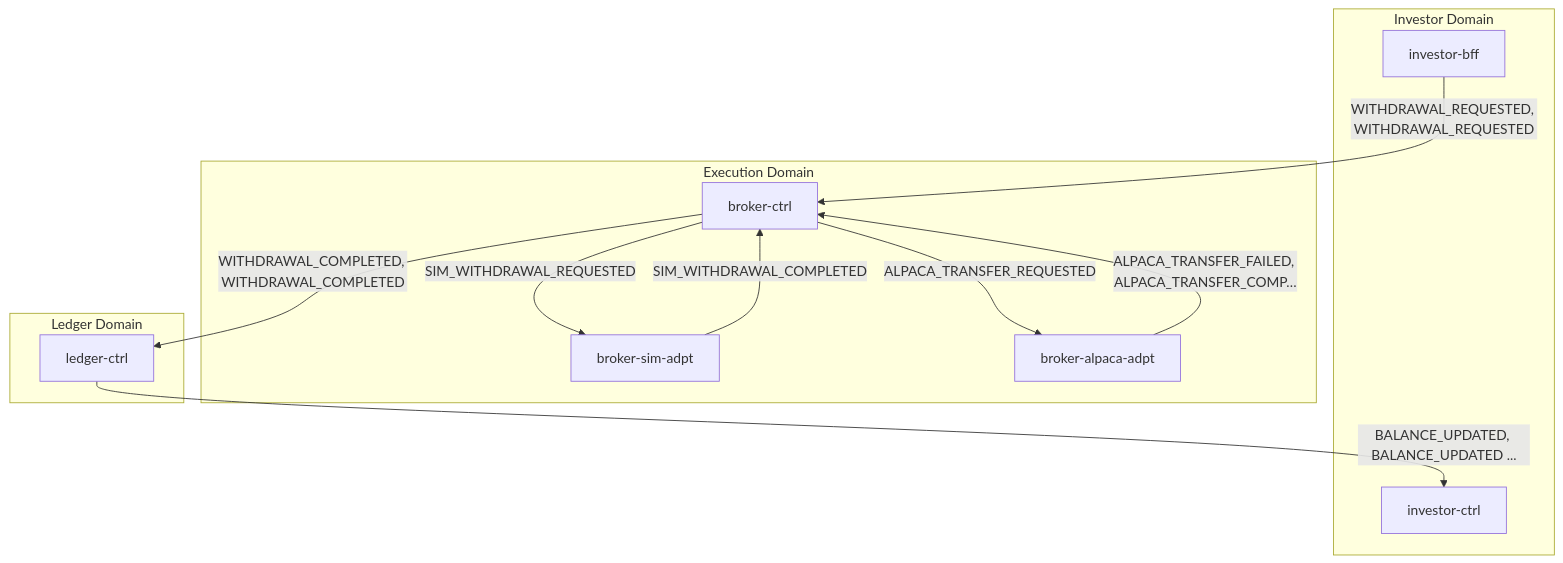
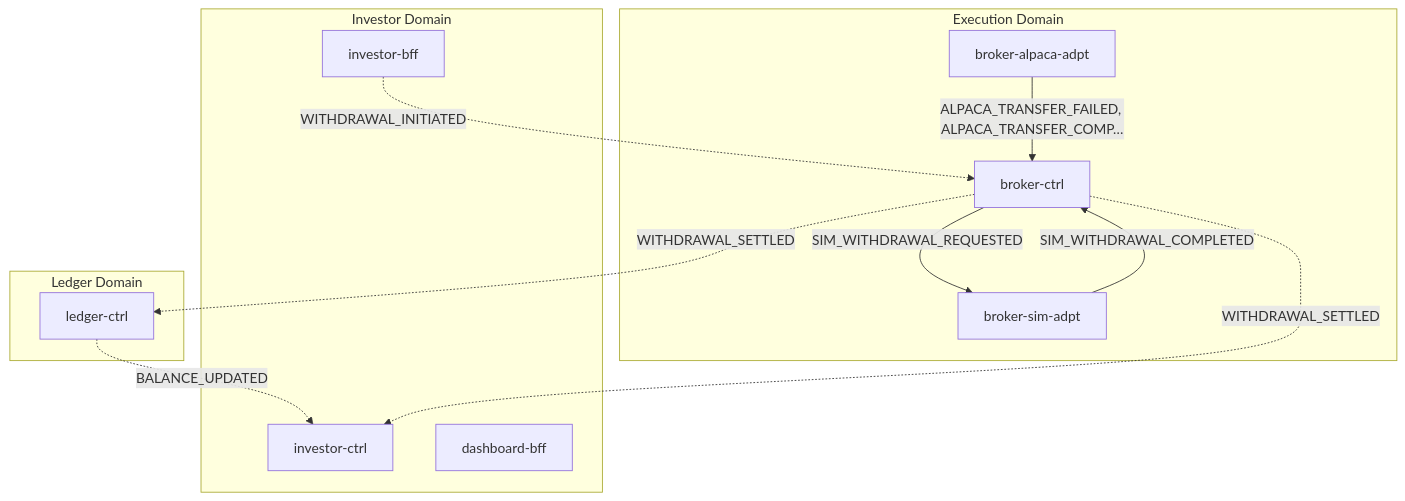
Before and after one commit to fabio-vitali/nestfolio: the first of 2 diagrams in docs/data-flows/withdrawal.md, drawn with Mermaid. The commit also changed other lines of this file and 25 other files, not shown here.

First line of the commit message:
docs(data-flows): sync flow specs to code + harden generator

````diff
--- a/docs/data-flows/withdrawal.md
+++ b/docs/data-flows/withdrawal.md
@@ -11,22 +11,23 @@
 ```mermaid
 flowchart TD
     subgraph investor["Investor Domain"]
         investor_bff["investor-bff"]
         investor_ctrl["investor-ctrl"]
+        dashboard_bff["dashboard-bff"]
     end
     subgraph execution["Execution Domain"]
         broker_ctrl["broker-ctrl"]
         broker_sim_adpt["broker-sim-adpt"]
         broker_alpaca_adpt["broker-alpaca-adpt"]
     end
     subgraph ledger["Ledger Domain"]
         ledger_ctrl["ledger-ctrl"]
     end
-    investor_bff -->|"WITHDRAWAL_REQUESTED, WITHDRAWAL_REQUESTED"| broker_ctrl
+    investor_bff -.->|"WITHDRAWAL_INITIATED"| broker_ctrl
     broker_ctrl -->|"SIM_WITHDRAWAL_REQUESTED"| broker_sim_adpt
-    broker_ctrl -->|"ALPACA_TRANSFER_REQUESTED"| broker_alpaca_adpt
     broker_sim_adpt -->|"SIM_WITHDRAWAL_COMPLETED"| broker_ctrl
     broker_alpaca_adpt -->|"ALPACA_TRANSFER_FAILED, ALPACA_TRANSFER_COMP…"| broker_ctrl
-    broker_ctrl -->|"WITHDRAWAL_COMPLETED, WITHDRAWAL_COMPLETED"| ledger_ctrl
-    ledger_ctrl -->|"BALANCE_UPDATED, BALANCE_UPDATED ..."| investor_ctrl
+    broker_ctrl -.->|"WITHDRAWAL_SETTLED"| ledger_ctrl
+    ledger_ctrl -.->|"BALANCE_UPDATED"| investor_ctrl
+    broker_ctrl -.->|"WITHDRAWAL_SETTLED"| investor_ctrl
 ```
````
